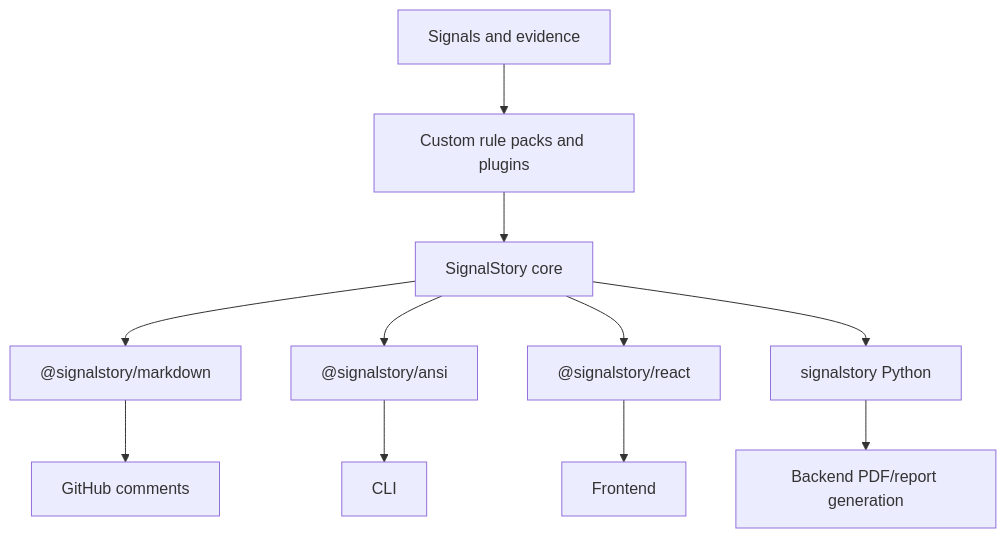
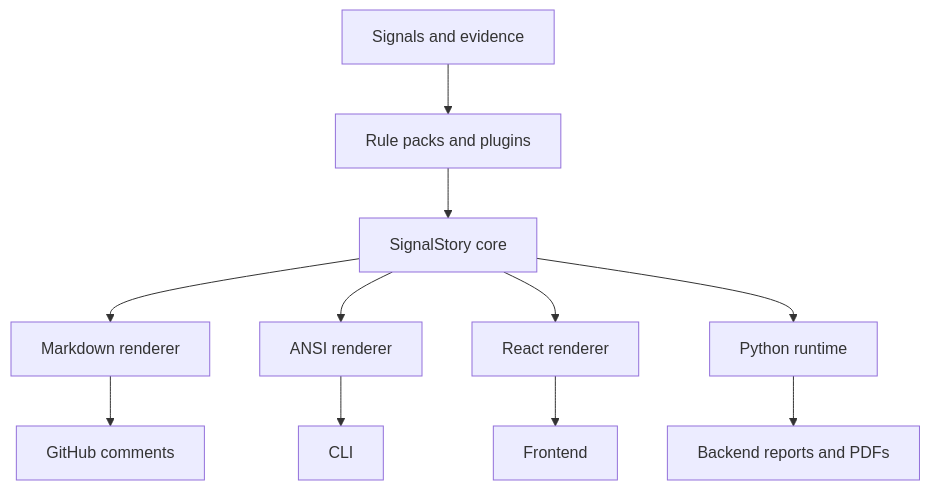
One commit to ganakailabs/signalstory changed the second of 2 diagrams in README.md. Above: the diagram before and after it, drawn with Mermaid. The commit also changed other lines of this file, not shown here.

````diff
--- a/README.md
+++ b/README.md
@@ -30,15 +188,15 @@
 ```mermaid
 flowchart TD
   Signals["Signals and evidence"]
-  RulePacks["Custom rule packs and plugins"]
+  RulePacks["Rule packs and plugins"]
   Core["SignalStory core"]
   Signals --> RulePacks --> Core
-  Core --> Markdown["@signalstory/markdown"]
-  Core --> Ansi["@signalstory/ansi"]
-  Core --> React["@signalstory/react"]
-  Core --> Python["signalstory Python"]
+  Core --> Markdown["Markdown renderer"]
+  Core --> Ansi["ANSI renderer"]
+  Core --> React["React renderer"]
+  Core --> Python["Python runtime"]
   Markdown --> Github["GitHub comments"]
   Ansi --> Cli["CLI"]
   React --> Web["Frontend"]
-  Python --> Pdf["Backend PDF/report generation"]
+  Python --> Reports["Backend reports and PDFs"]
 ```
````
